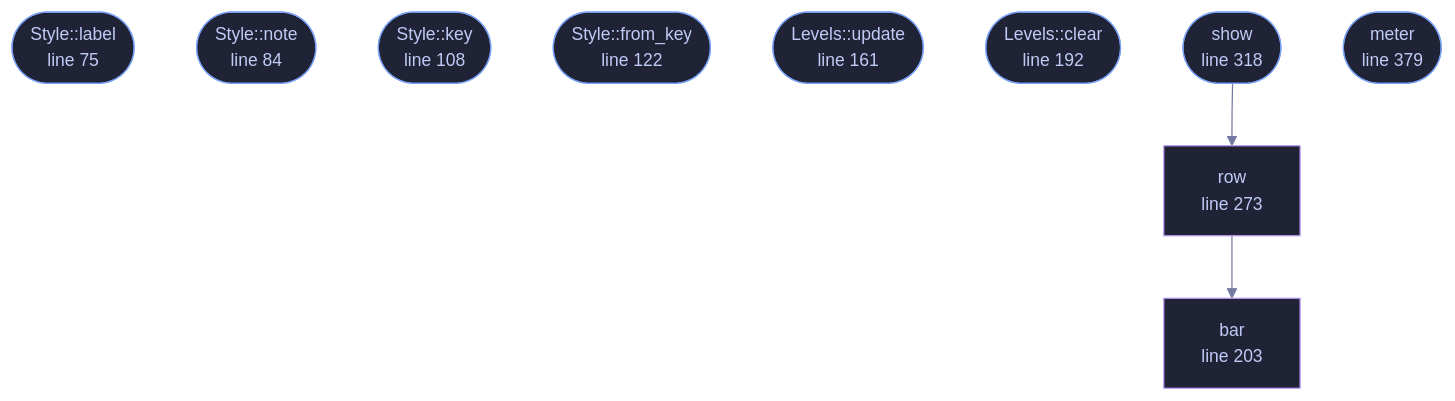
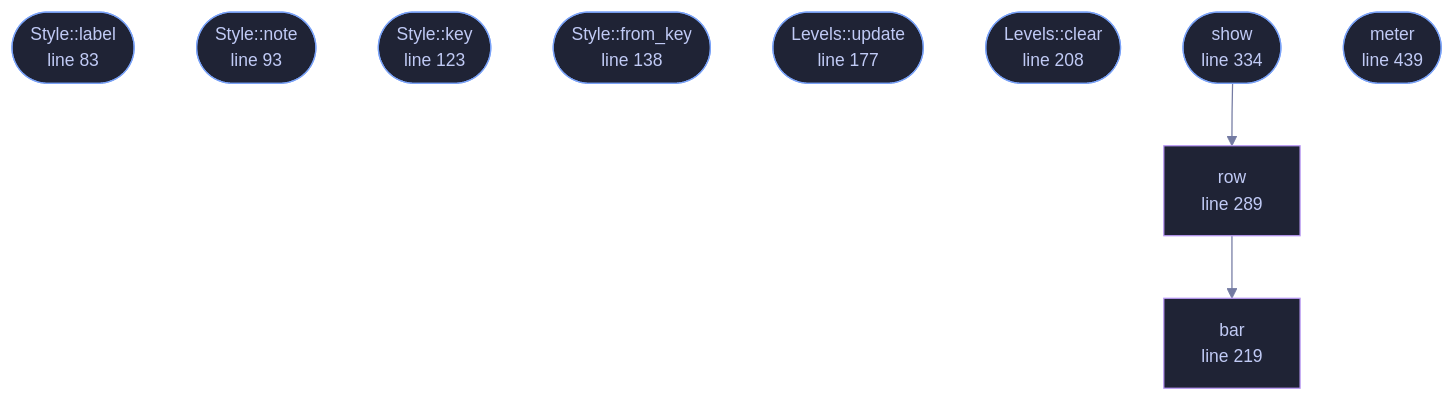
One commit to tilas01/veilvoice changed the diagram in docs/files/veilvoice-gui/monitor.md. Above: the diagram before and after it, drawn with Mermaid. The commit also changed other lines of this file and 32 other files, not shown here.

````diff
--- a/docs/files/veilvoice-gui/monitor.md
+++ b/docs/files/veilvoice-gui/monitor.md
@@ -121,30 +121,30 @@
 ```mermaid
 %%{init: {"theme":"base","themeVariables":{"background":"#1a1b26","primaryColor":"#1f2335","primaryTextColor":"#c0caf5","primaryBorderColor":"#7aa2f7","secondaryColor":"#16161e","tertiaryColor":"#16161e","lineColor":"#737aa2","textColor":"#c0caf5","mainBkg":"#1f2335","nodeBorder":"#7aa2f7","clusterBkg":"#16161e","clusterBorder":"#2f3549","fontFamily":"ui-monospace, SFMono-Regular, Consolas, monospace","fontSize":"14px"}}}%%
 flowchart TD
-    n_label(["Style::label<br/>line 75"])
-    n_note(["Style::note<br/>line 84"])
-    n_key(["Style::key<br/>line 108"])
-    n_from_key(["Style::from_key<br/>line 122"])
-    n_update(["Levels::update<br/>line 161"])
-    n_clear(["Levels::clear<br/>line 192"])
-    n_bar["bar<br/>line 203"]
-    n_row["row<br/>line 273"]
-    n_show(["show<br/>line 318"])
-    n_meter(["meter<br/>line 379"])
+    n_label(["Style::label<br/>line 83"])
+    n_note(["Style::note<br/>line 93"])
+    n_key(["Style::key<br/>line 123"])
+    n_from_key(["Style::from_key<br/>line 138"])
+    n_update(["Levels::update<br/>line 177"])
+    n_clear(["Levels::clear<br/>line 208"])
+    n_bar["bar<br/>line 219"]
+    n_row["row<br/>line 289"]
+    n_show(["show<br/>line 334"])
+    n_meter(["meter<br/>line 439"])
     n_row --> n_bar
     n_show --> n_row
-    click n_label href "https://github.com/tilas01/veilvoice/blob/main/crates/veilvoice-gui/src/monitor.rs#L75" "open the source"
-    click n_note href "https://github.com/tilas01/veilvoice/blob/main/crates/veilvoice-gui/src/monitor.rs#L84" "open the source"
-    click n_key href "https://github.com/tilas01/veilvoice/blob/main/crates/veilvoice-gui/src/monitor.rs#L108" "open the source"
-    click n_from_key href "https://github.com/tilas01/veilvoice/blob/main/crates/veilvoice-gui/src/monitor.rs#L122" "open the source"
-    click n_update href "https://github.com/tilas01/veilvoice/blob/main/crates/veilvoice-gui/src/monitor.rs#L161" "open the source"
-    click n_clear href "https://github.com/tilas01/veilvoice/blob/main/crates/veilvoice-gui/src/monitor.rs#L192" "open the source"
-    click n_bar href "https://github.com/tilas01/veilvoice/blob/main/crates/veilvoice-gui/src/monitor.rs#L203" "open the source"
-    click n_row href "https://github.com/tilas01/veilvoice/blob/main/crates/veilvoice-gui/src/monitor.rs#L273" "open the source"
-    click n_show href "https://github.com/tilas01/veilvoice/blob/main/crates/veilvoice-gui/src/monitor.rs#L318" "open the source"
-    click n_meter href "https://github.com/tilas01/veilvoice/blob/main/crates/veilvoice-gui/src/monitor.rs#L379" "open the source"
+    click n_label href "https://github.com/tilas01/veilvoice/blob/main/crates/veilvoice-gui/src/monitor.rs#L83" "open the source"
+    click n_note href "https://github.com/tilas01/veilvoice/blob/main/crates/veilvoice-gui/src/monitor.rs#L93" "open the source"
+    click n_key href "https://github.com/tilas01/veilvoice/blob/main/crates/veilvoice-gui/src/monitor.rs#L123" "open the source"
+    click n_from_key href "https://github.com/tilas01/veilvoice/blob/main/crates/veilvoice-gui/src/monitor.rs#L138" "open the source"
+    click n_update href "https://github.com/tilas01/veilvoice/blob/main/crates/veilvoice-gui/src/monitor.rs#L177" "open the source"
+    click n_clear href "https://github.com/tilas01/veilvoice/blob/main/crates/veilvoice-gui/src/monitor.rs#L208" "open the source"
+    click n_bar href "https://github.com/tilas01/veilvoice/blob/main/crates/veilvoice-gui/src/monitor.rs#L219" "open the source"
+    click n_row href "https://github.com/tilas01/veilvoice/blob/main/crates/veilvoice-gui/src/monitor.rs#L289" "open the source"
+    click n_show href "https://github.com/tilas01/veilvoice/blob/main/crates/veilvoice-gui/src/monitor.rs#L334" "open the source"
+    click n_meter href "https://github.com/tilas01/veilvoice/blob/main/crates/veilvoice-gui/src/monitor.rs#L439" "open the source"
     classDef entry fill:#1f2335,stroke:#7aa2f7,color:#c0caf5
     class n_label,n_note,n_key,n_from_key,n_update,n_clear,n_show,n_meter entry
     classDef helper fill:#1f2335,stroke:#bb9af7,color:#c0caf5
     class n_bar,n_row helper
 ```
````
